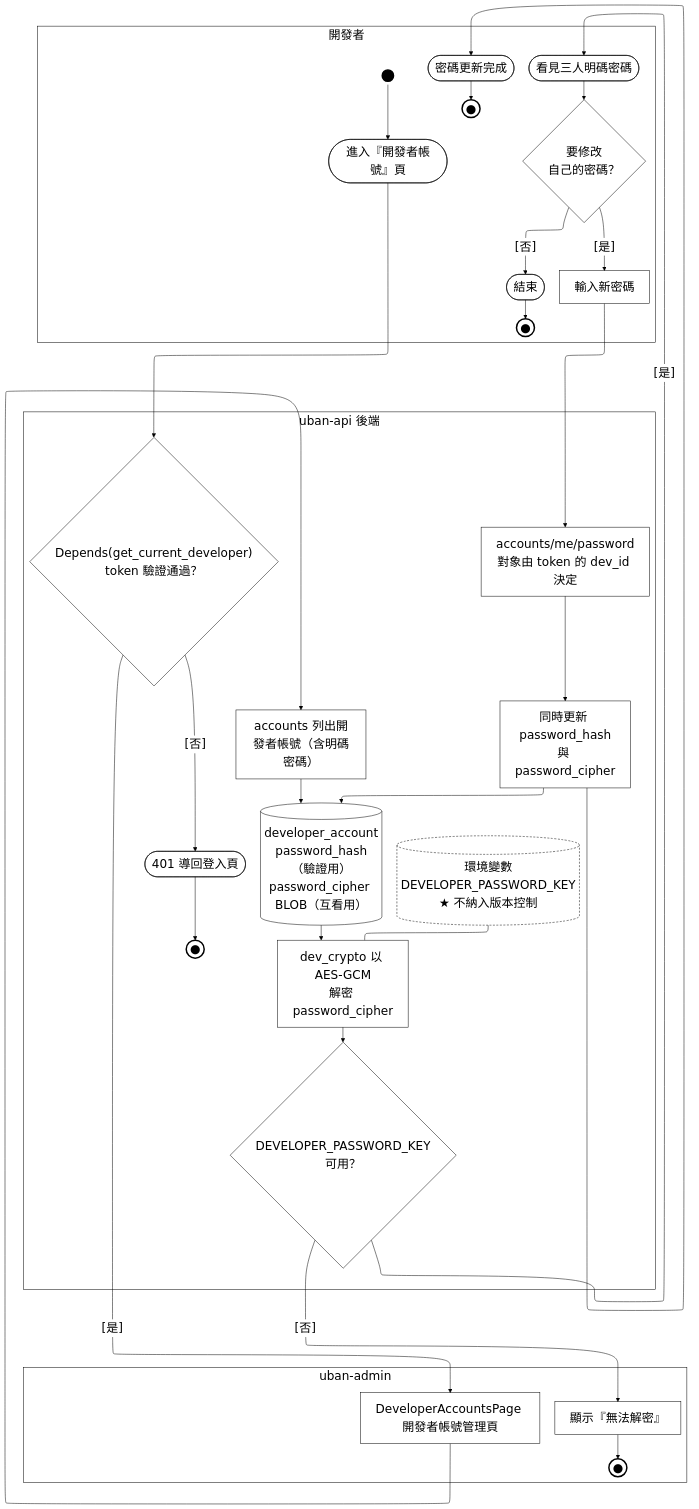
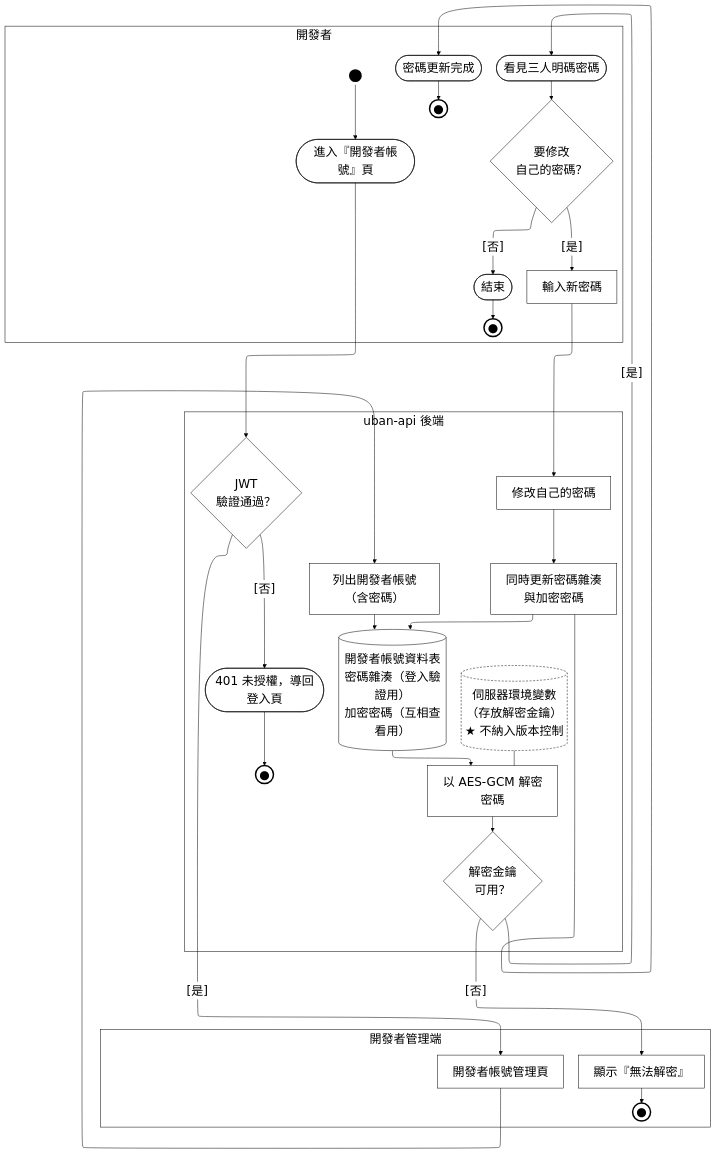
Before and after one commit to HuangYu-Kai/Uban: the diagram in Uban System Documents/mermaid原始碼/A24-帳號安全管理.mmd, drawn with Mermaid. The commit also changed 32 other files, not shown here.

```diff
--- a/Uban System Documents/mermaid原始碼/A24-帳號安全管理.mmd
+++ b/Uban System Documents/mermaid原始碼/A24-帳號安全管理.mmd
@@ -1,64 +1,64 @@
 %%{init:{"layout":"elk","elk":{"mergeEdges":false,"nodePlacementStrategy":"NETWORK_SIMPLEX"},"flowchart":{"htmlLabels":true},"themeVariables":{"clusterBkg":"#FFFFFF","clusterBorder":"#000000","edgeLabelBackground":"#FFFFFF","textColor":"#000000","nodeTextColor":"#000000","titleColor":"#000000","lineColor":"#000000","fontSize":"24px"}}}%%
 flowchart TD
   subgraph ROLE["開發者"]
     PAD_ROLE["&nbsp;&nbsp;&nbsp;&nbsp;&nbsp;&nbsp;&nbsp;&nbsp;&nbsp;&nbsp;&nbsp;&nbsp;&nbsp;&nbsp;&nbsp;&nbsp;&nbsp;&nbsp;&nbsp;&nbsp;&nbsp;&nbsp;&nbsp;&nbsp;&nbsp;&nbsp;&nbsp;&nbsp;&nbsp;&nbsp;&nbsp;&nbsp;&nbsp;&nbsp;&nbsp;&nbsp;&nbsp;&nbsp;&nbsp;&nbsp;&nbsp;&nbsp;&nbsp;&nbsp;&nbsp;&nbsp;&nbsp;&nbsp;&nbsp;&nbsp;&nbsp;&nbsp;&nbsp;&nbsp;&nbsp;&nbsp;&nbsp;&nbsp;&nbsp;&nbsp;&nbsp;&nbsp;&nbsp;&nbsp;&nbsp;&nbsp;&nbsp;&nbsp;&nbsp;&nbsp;&nbsp;&nbsp;&nbsp;&nbsp;&nbsp;&nbsp;&nbsp;"]:::pad
     ST_S1(("&nbsp;")):::term
     S1([進入『開發者帳號』頁]):::act
     S2(["看見三人明碼密碼"]):::act
     S3{"要修改<br/>自己的密碼？"}:::dec
     S4["輸入新密碼"]:::act
     S5(["密碼更新完成"]):::act
     EN_S5(("●")):::endterm
     E1([結束]):::act
     EN_E1(("●")):::endterm
   end
-  subgraph FE["uban-admin"]
+  subgraph FE["開發者管理端"]
     PAD_FE["&nbsp;&nbsp;&nbsp;&nbsp;&nbsp;&nbsp;&nbsp;&nbsp;&nbsp;&nbsp;&nbsp;&nbsp;&nbsp;&nbsp;&nbsp;&nbsp;&nbsp;&nbsp;&nbsp;&nbsp;&nbsp;&nbsp;&nbsp;&nbsp;&nbsp;&nbsp;&nbsp;&nbsp;&nbsp;&nbsp;&nbsp;&nbsp;&nbsp;&nbsp;&nbsp;&nbsp;&nbsp;&nbsp;&nbsp;&nbsp;&nbsp;&nbsp;&nbsp;&nbsp;&nbsp;&nbsp;&nbsp;&nbsp;&nbsp;&nbsp;&nbsp;&nbsp;&nbsp;&nbsp;&nbsp;&nbsp;&nbsp;&nbsp;&nbsp;&nbsp;&nbsp;&nbsp;&nbsp;&nbsp;&nbsp;&nbsp;&nbsp;&nbsp;&nbsp;&nbsp;&nbsp;&nbsp;&nbsp;&nbsp;&nbsp;"]:::pad
-    A1["DeveloperAccountsPage 開發者帳號管理頁"]:::act
+    A1["開發者帳號管理頁"]:::act
     A2["顯示『無法解密』"]:::act
     EN_A2(("●")):::endterm
   end
   subgraph BE["uban-api 後端"]
-    G0{"Depends(get_current_developer)<br/>token 驗證通過？"}:::dec
-    B1["accounts 列出開發者帳號（含明碼密碼）"]:::act
-    B2["dev_crypto 以 AES-GCM<br/>解密 password_cipher"]:::act
-    B3{"DEVELOPER_PASSWORD_KEY<br/>可用？"}:::dec
-    B4["accounts/me/password<br/>對象由 token 的 dev_id 決定"]:::act
-    B5["同時更新 password_hash<br/>與 password_cipher"]:::act
-    DB[("developer_account<br/>password_hash（驗證用）<br/>password_cipher BLOB（互看用）")]:::act
-    ENV[("環境變數<br/>DEVELOPER_PASSWORD_KEY<br/>★ 不納入版本控制")]:::gap
-    X(["401 導回登入頁"]):::act
+    G0{"JWT<br/>驗證通過？"}:::dec
+    B1["列出開發者帳號（含密碼）"]:::act
+    B2["以 AES-GCM 解密密碼"]:::act
+    B3{"解密金鑰<br/>可用？"}:::dec
+    B4["修改自己的密碼"]:::act
+    B5["同時更新密碼雜湊<br/>與加密密碼"]:::act
+    DB[("開發者帳號資料表<br/>密碼雜湊（登入驗證用）<br/>加密密碼（互相查看用）")]:::act
+    ENV[("伺服器環境變數<br/>（存放解密金鑰）<br/>★ 不納入版本控制")]:::gap
+    X(["401 未授權，導回登入頁"]):::act
     EN_X(("●")):::endterm
   end
 
   ST_S1 --> S1
   S1 --> G0
   G0 -->|"[否]"| X
   G0 -->|"[是]"| A1
   A1 --> B1
   B1 --> DB
   DB --> B2
   ENV --- B2
   B2 --> B3
   B3 -->|"[否]"| A2
   B3 -->|"[是]"| S2
   S2 --> S3
   S3 -->|"[否]"| E1
   S3 -->|"[是]"| S4
   S4 --> B4
   B4 --> B5
   B5 --> DB
   B5 --> S5
   S5 --> EN_S5
   E1 --> EN_E1
   A2 --> EN_A2
   X --> EN_X
   %% 鎖住泳道順序：ELK 不照宣告順序排，沒有這條鏈後端會跑到最上面
   ROLE ~~~ FE ~~~ BE
 
   classDef pad  fill:none,stroke:none,color:#FFFFFF
   classDef act  fill:#FFFFFF,stroke:#000000,stroke-width:1px,color:#000000
   classDef dec  fill:#FFFFFF,stroke:#000000,stroke-width:1px,color:#000000
   classDef term fill:#000000,stroke:#000000,stroke-width:3px,color:#000000
   classDef endterm fill:#FFFFFF,stroke:#000000,stroke-width:3px,color:#000000
   classDef gap  fill:#FFFFFF,stroke:#000000,stroke-width:1px,color:#000000,stroke-dasharray:4 3
```
